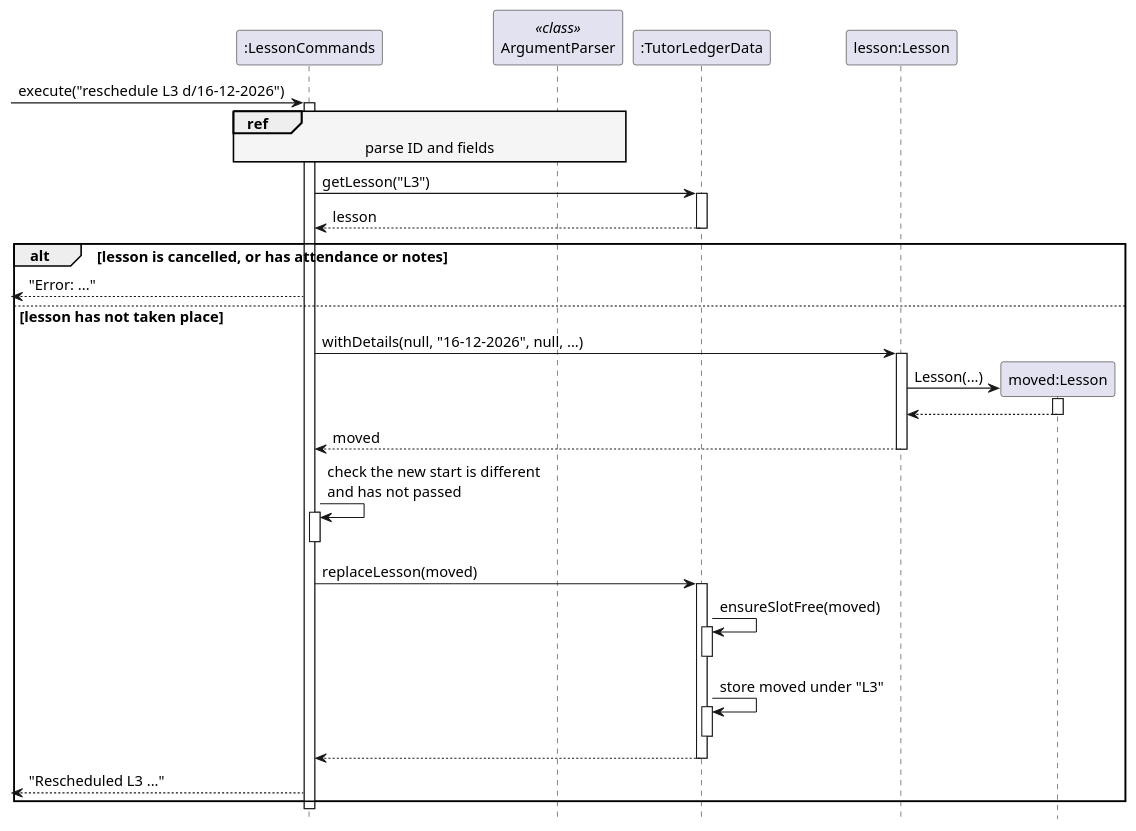
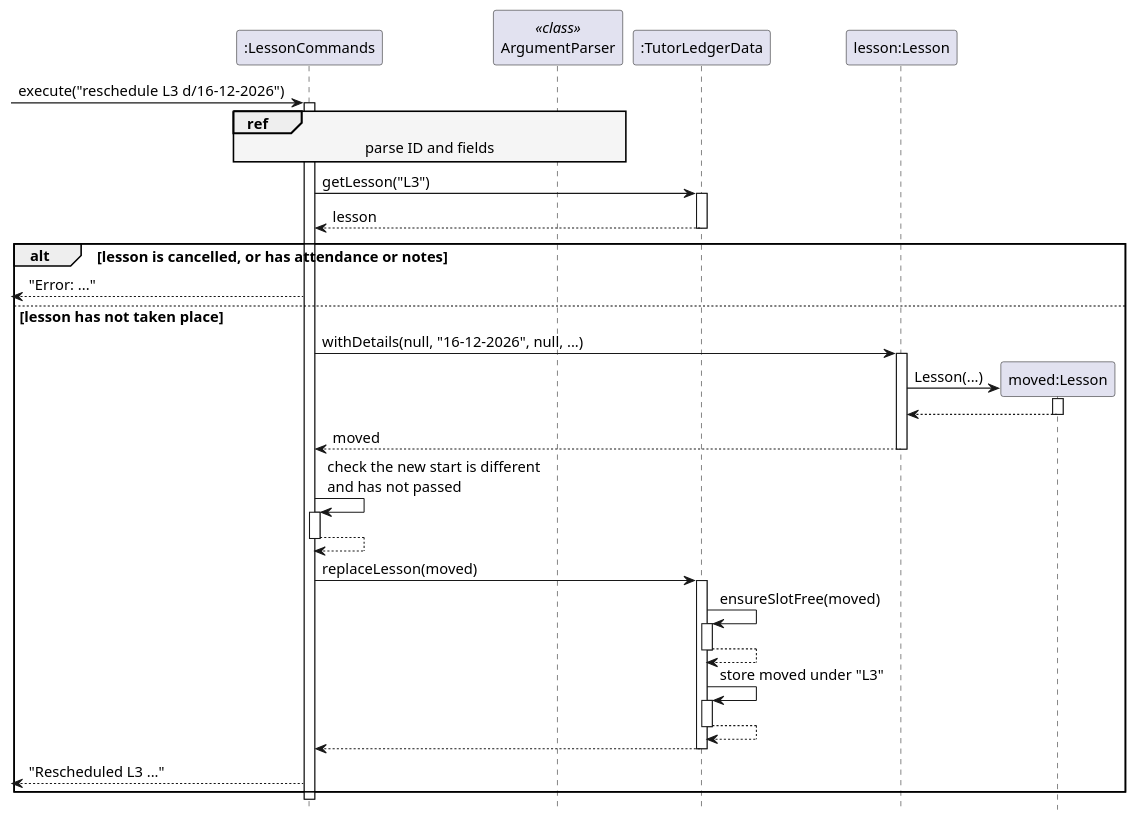
The diagram in docs/diagrams/lesson-reschedule-sequence.puml (AY2627S1-CS2113-W12-2/tp), drawn with PlantUML before and after one commit. The commit also changed 21 other files, not shown here.

First line of the commit message:
DG: Add return arrows to self-calls in sequence diagrams

```diff
--- a/docs/diagrams/lesson-reschedule-sequence.puml
+++ b/docs/diagrams/lesson-reschedule-sequence.puml
@@ -1,54 +1,57 @@
 @startuml
 skinparam backgroundColor white
 skinparam defaultFontSize 14
 skinparam shadowing false
 skinparam sequenceReferenceBackgroundColor #F5F5F5
 hide footbox
 
 participant ":LessonCommands" as Commands
 participant "ArgumentParser" as Parser <<class>>
 participant ":TutorLedgerData" as Data
 participant "lesson:Lesson" as Lesson
 
 [-> Commands : execute("reschedule L3 d/16-12-2026")
 activate Commands
 
 ref over Commands, Parser : parse ID and fields
 
 Commands -> Data : getLesson("L3")
 activate Data
 Data --> Commands : lesson
 deactivate Data
 
 alt lesson is cancelled, or has attendance or notes
   [<-- Commands : "Error: ..."
 else lesson has not taken place
   Commands -> Lesson : withDetails(null, "16-12-2026", null, ...)
   activate Lesson
   create "moved:Lesson" as Moved
   Lesson -> Moved : Lesson(...)
   activate Moved
   Moved --> Lesson
   deactivate Moved
   Lesson --> Commands : moved
   deactivate Lesson
 
   Commands -> Commands : check the new start is different\nand has not passed
   activate Commands
+  Commands --> Commands
   deactivate Commands
 
   Commands -> Data : replaceLesson(moved)
   activate Data
   Data -> Data : ensureSlotFree(moved)
   activate Data
+  Data --> Data
   deactivate Data
   Data -> Data : store moved under "L3"
   activate Data
+  Data --> Data
   deactivate Data
   Data --> Commands
   deactivate Data
 
   [<-- Commands : "Rescheduled L3 ..."
 end
 deactivate Commands
 @enduml
```
